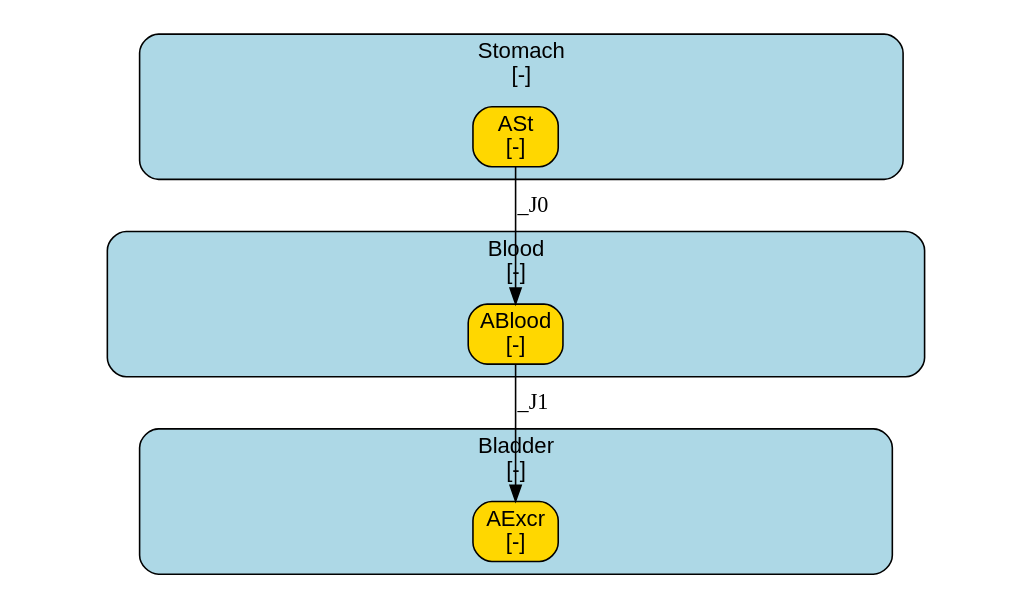
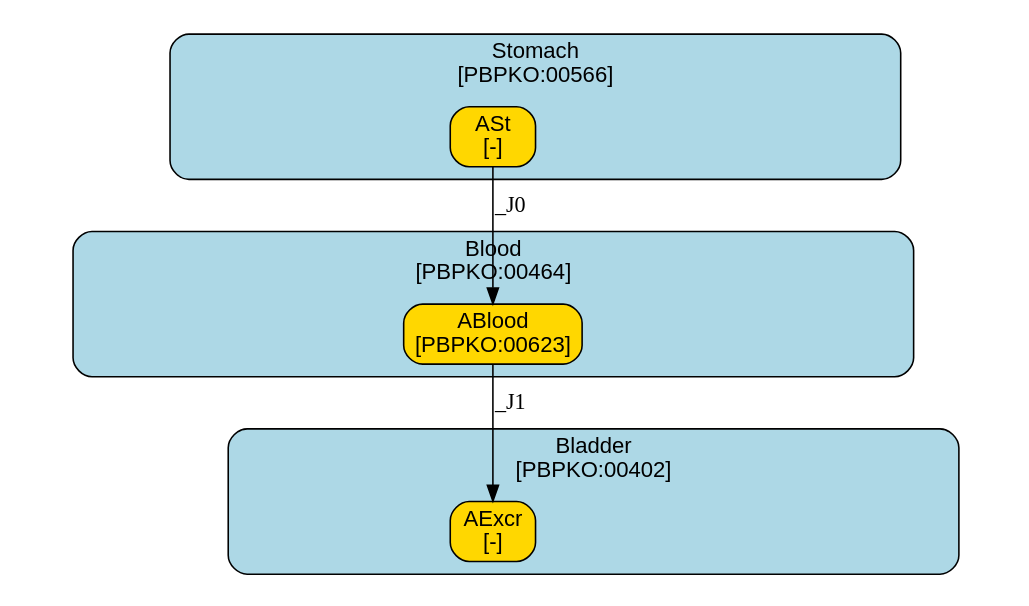
One commit to fair-pbk/exposure-route-pbk-models changed the diagram in models/oral/Bisphenols/Christensen/summary.dot. Above: the diagram before and after it, drawn with Graphviz. The commit also changed 134 other files, not shown here.

```diff
--- a/models/oral/Bisphenols/Christensen/summary.dot
+++ b/models/oral/Bisphenols/Christensen/summary.dot
@@ -1,64 +1,64 @@
 digraph {
 	graph [ratio=fill,
 		size="7,4"
 	];
 	node [fontname=Arial];
 	subgraph cluster_Stomach {
 		graph [color=black,
 			fillcolor=lightblue,
 			fontname=Arial,
 			href="#compartment-Stomach",
 			label="Stomach
-[-]",
+[PBPKO:00566]",
 			shape=box,
 			style="filled,rounded"
 		];
 		ASt	[color=black,
 			fillcolor=gold,
 			href="#species-ASt",
 			label="ASt
 [-]",
 			shape=box,
 			style="filled,rounded"];
 	}
 	subgraph cluster_Blood {
 		graph [color=black,
 			fillcolor=lightblue,
 			fontname=Arial,
 			href="#compartment-Blood",
 			label="Blood
-[-]",
+[PBPKO:00464]",
 			shape=box,
 			style="filled,rounded"
 		];
 		ABlood	[color=black,
 			fillcolor=gold,
 			href="#species-ABlood",
 			label="ABlood
-[-]",
+[PBPKO:00623]",
 			shape=box,
 			style="filled,rounded"];
 	}
 	subgraph cluster_Bladder {
 		graph [color=black,
 			fillcolor=lightblue,
 			fontname=Arial,
 			href="#compartment-Bladder",
 			label="Bladder
-[-]",
+[PBPKO:00402]",
 			shape=box,
 			style="filled,rounded"
 		];
 		AExcr	[color=black,
 			fillcolor=gold,
 			href="#species-AExcr",
 			label="AExcr
 [-]",
 			shape=box,
 			style="filled,rounded"];
 	}
 	ASt -> ABlood	[label=_J0,
 		minlen=1];
 	ABlood -> AExcr	[label=_J1,
 		minlen=1];
 }
```
